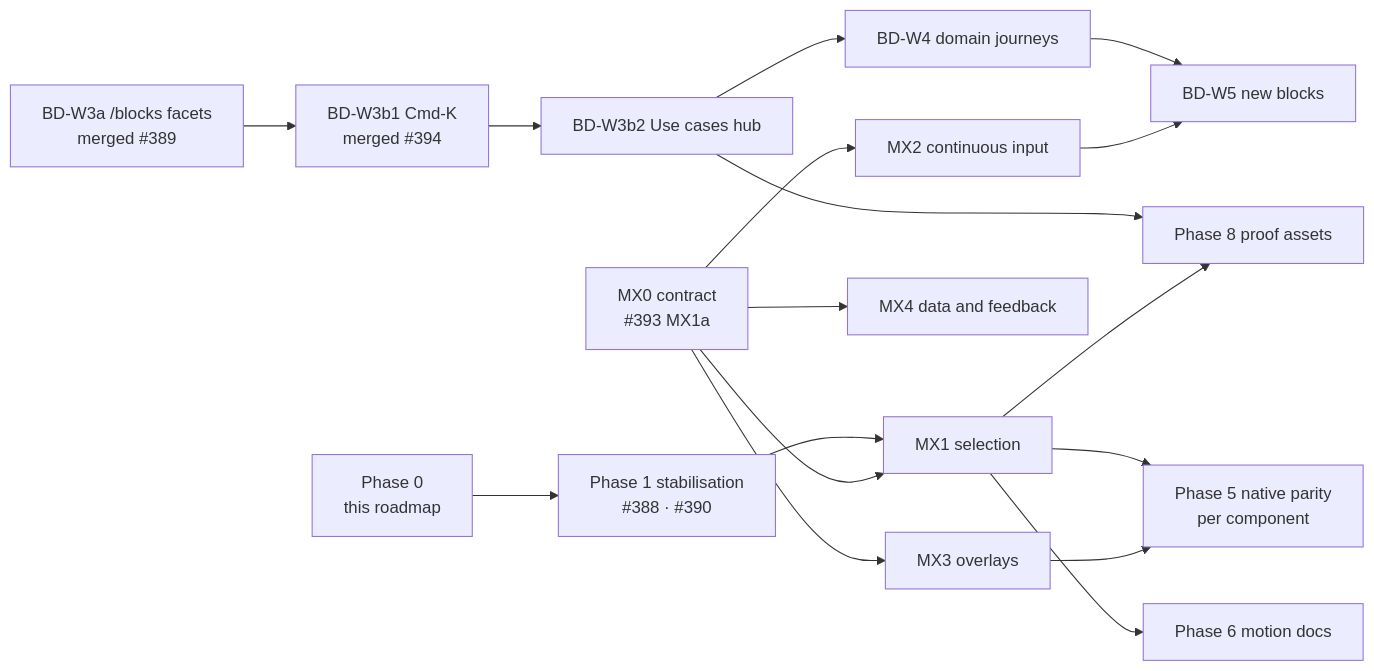
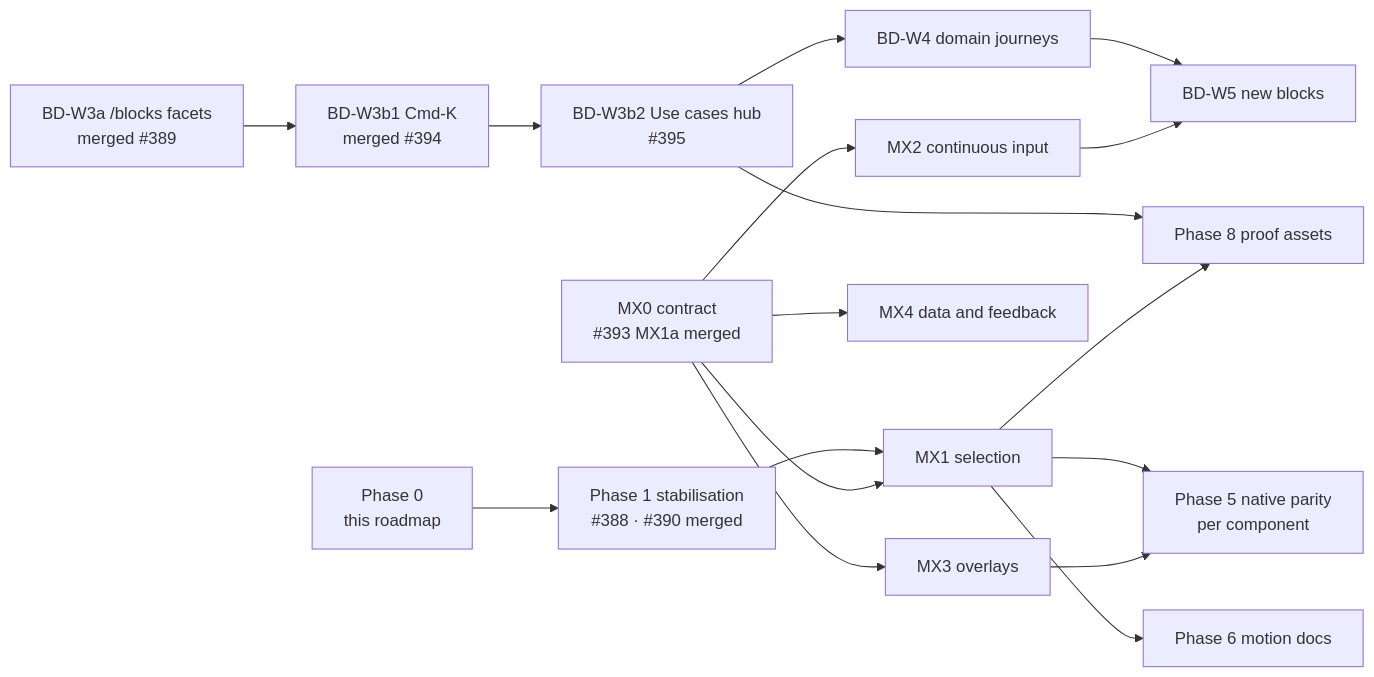
The diagram in docs/roadmaps/PRODUCT-MOTION-DISCOVERY-ROADMAP.md (zedalleys/kinetixui), drawn with Mermaid before and after one commit. The commit also changed other lines of this file, not shown here.

First line of the commit message:
docs(roadmap): refresh baseline to main f586c12 (#388, #390, #391, #393 merged)

````diff
--- a/docs/roadmaps/PRODUCT-MOTION-DISCOVERY-ROADMAP.md
+++ b/docs/roadmaps/PRODUCT-MOTION-DISCOVERY-ROADMAP.md
@@ -114,19 +109,19 @@
 ```mermaid
 flowchart LR
   P0[Phase 0<br/>this roadmap] --> P1
-  P1[Phase 1 stabilisation<br/>#388 · #390] --> MX1
-  MX0[MX0 contract<br/>#393 MX1a] --> MX1[MX1 selection]
+  P1[Phase 1 stabilisation<br/>#388 · #390 merged] --> MX1
+  MX0[MX0 contract<br/>#393 MX1a merged] --> MX1[MX1 selection]
   MX0 --> MX2[MX2 continuous input]
   MX0 --> MX3[MX3 overlays]
   MX0 --> MX4[MX4 data and feedback]
   BD3a[BD-W3a /blocks facets<br/>merged #389] --> BD3b1[BD-W3b1 Cmd-K<br/>merged #394]
-  BD3b1 --> BD3b2[BD-W3b2 Use cases hub]
+  BD3b1 --> BD3b2[BD-W3b2 Use cases hub<br/>#395]
   BD3b2 --> BD4[BD-W4 domain journeys]
   BD4 --> BD5[BD-W5 new blocks]
   MX2 --> BD5
   MX1 --> P5[Phase 5 native parity<br/>per component]
   MX3 --> P5
   MX1 --> P6[Phase 6 motion docs]
   BD3b2 --> P8[Phase 8 proof assets]
   MX1 --> P8
 ```
````
